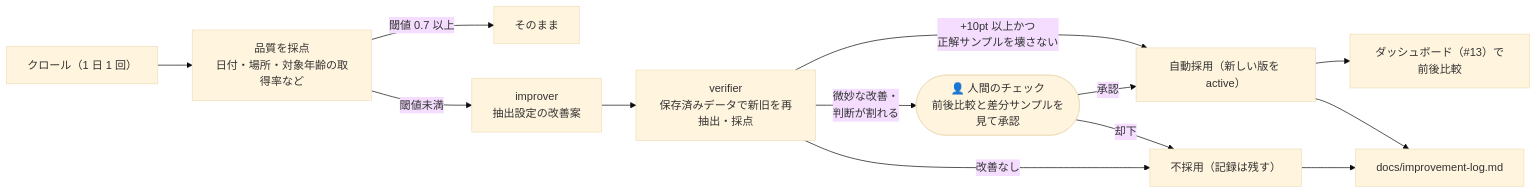
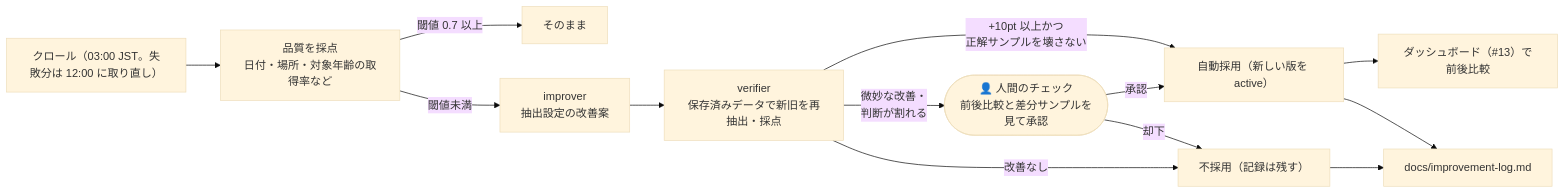
Before and after one commit to hashibadaiki/kids-event-hub-open: the second of 2 diagrams in README.md, drawn with Mermaid (base theme). The commit also changed other lines of this file and 2 other files, not shown here.

Commit message:
docs(crawler): 取り直しの Cron の説明を README の図・ダッシュボードの説明・Worker の jsdoc でそろえる (#63)
Reviewer の指摘。12:00 JST の回の対象は「直前に失敗したものだけ」ではなく「最後の成功から 20 時間以上あいた収集元」なので、その表現に直す。

````diff
--- a/README.md
+++ b/README.md
@@ -195,15 +195,15 @@
 ```mermaid
 flowchart LR
-  C["クロール（1 日 1 回）"] --> S["品質を採点<br/>日付・場所・対象年齢の取得率など"]
+  C["クロール（03:00 JST。失敗分は 12:00 に取り直し）"] --> S["品質を採点<br/>日付・場所・対象年齢の取得率など"]
   S -- "閾値 0.7 以上" --> OK["そのまま"]
   S -- "閾値未満" --> IM["improver<br/>抽出設定の改善案"]
   IM --> V["verifier<br/>保存済みデータで新旧を再抽出・採点"]
   V -- "+10pt 以上かつ<br/>正解サンプルを壊さない" --> AUTO["自動採用（新しい版を active）"]
   V -- "微妙な改善・<br/>判断が割れる" --> HUMAN(["👤 人間のチェック<br/>前後比較と差分サンプルを見て承認"])
   V -- 改善なし --> REJ["不採用（記録は残す）"]
   HUMAN -- 承認 --> AUTO
   HUMAN -- 却下 --> REJ
   AUTO --> D["ダッシュボード（#13）で前後比較"]
   REJ --> LOG["docs/improvement-log.md"]
   AUTO --> LOG
 ```
````
